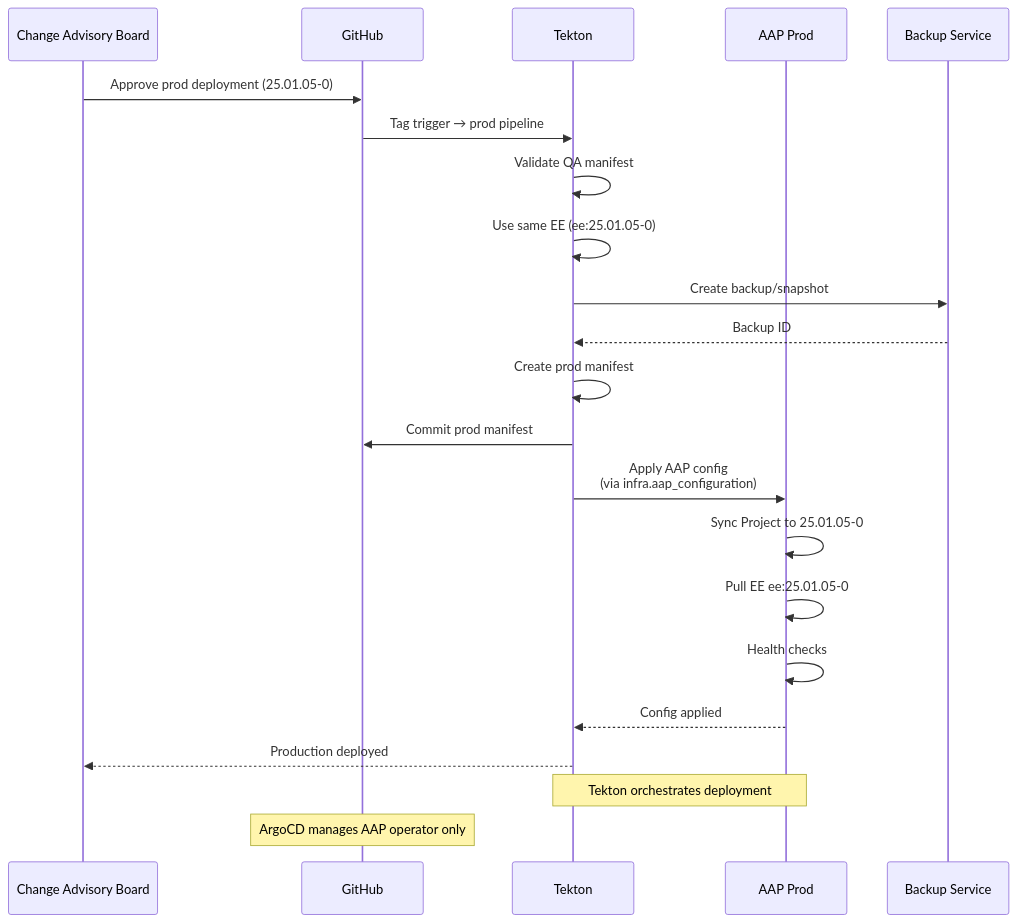
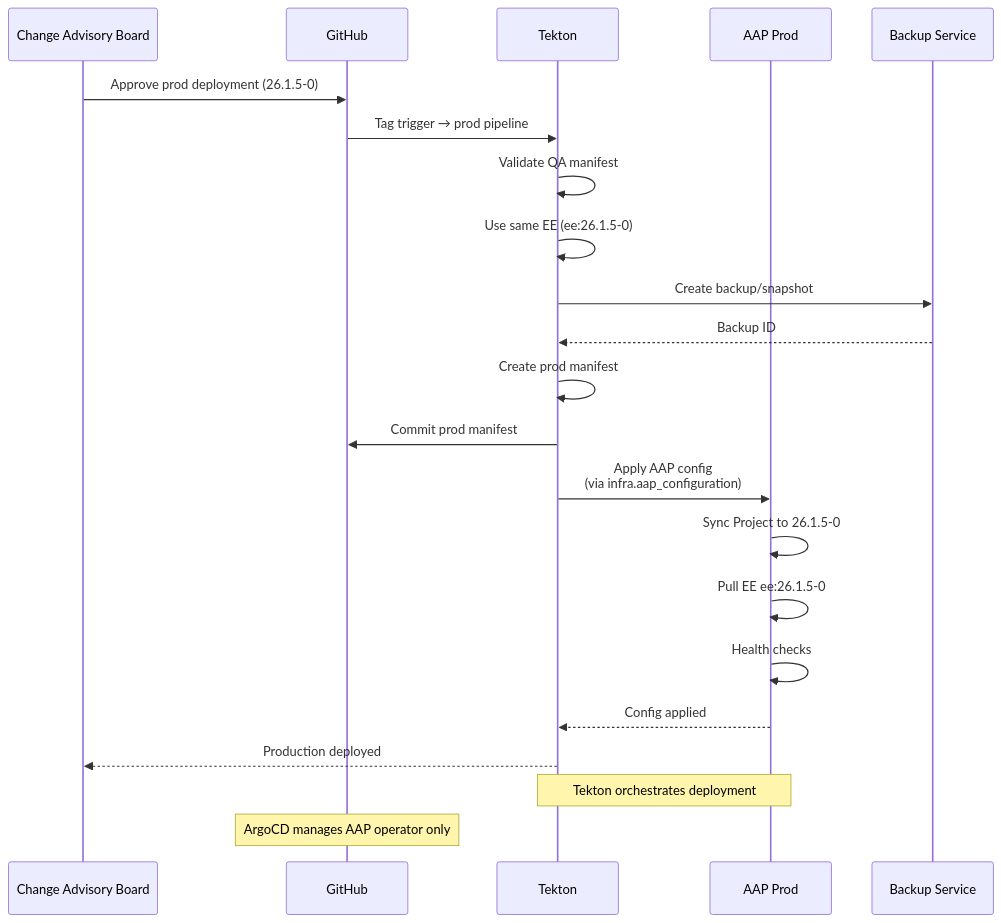
The sixth of 17 diagrams in docs/diagrams/PROMOTION-FLOW.md (djdanielsson/rh1-docs), drawn with Mermaid before and after one commit. The commit also changed other lines of this file and 15 other files, not shown here.

````diff
--- a/docs/diagrams/PROMOTION-FLOW.md
+++ b/docs/diagrams/PROMOTION-FLOW.md
@@ -312,28 +312,28 @@
 ```mermaid
 sequenceDiagram
     participant CAB as Change Advisory Board
     participant GH as GitHub
     participant Tek as Tekton
     participant AAP_P as AAP Prod
     participant Backup as Backup Service
 
-    CAB->>GH: Approve prod deployment (25.01.05-0)
+    CAB->>GH: Approve prod deployment (26.1.5-0)
     GH->>Tek: Tag trigger → prod pipeline
 
     Tek->>Tek: Validate QA manifest
-    Tek->>Tek: Use same EE (ee:25.01.05-0)
+    Tek->>Tek: Use same EE (ee:26.1.5-0)
     Tek->>Backup: Create backup/snapshot
     Backup-->>Tek: Backup ID
     Tek->>Tek: Create prod manifest
     Tek->>GH: Commit prod manifest
 
     Tek->>AAP_P: Apply AAP config<br/>(via infra.aap_configuration)
-    AAP_P->>AAP_P: Sync Project to 25.01.05-0
-    AAP_P->>AAP_P: Pull EE ee:25.01.05-0
+    AAP_P->>AAP_P: Sync Project to 26.1.5-0
+    AAP_P->>AAP_P: Pull EE ee:26.1.5-0
     AAP_P->>AAP_P: Health checks
     AAP_P-->>Tek: Config applied
     Tek-->>CAB: Production deployed
 
     Note over Tek,AAP_P: Tekton orchestrates deployment
     Note over GH: ArgoCD manages AAP operator only
 ```
````
